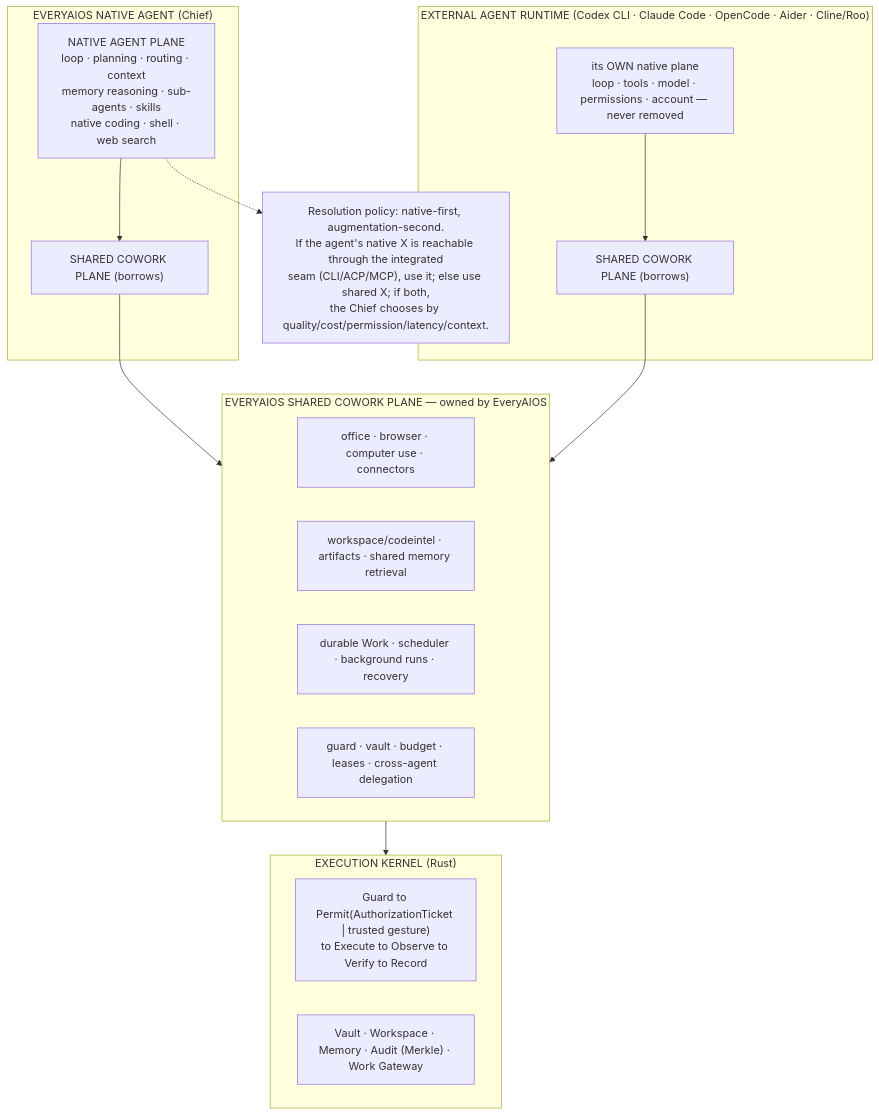
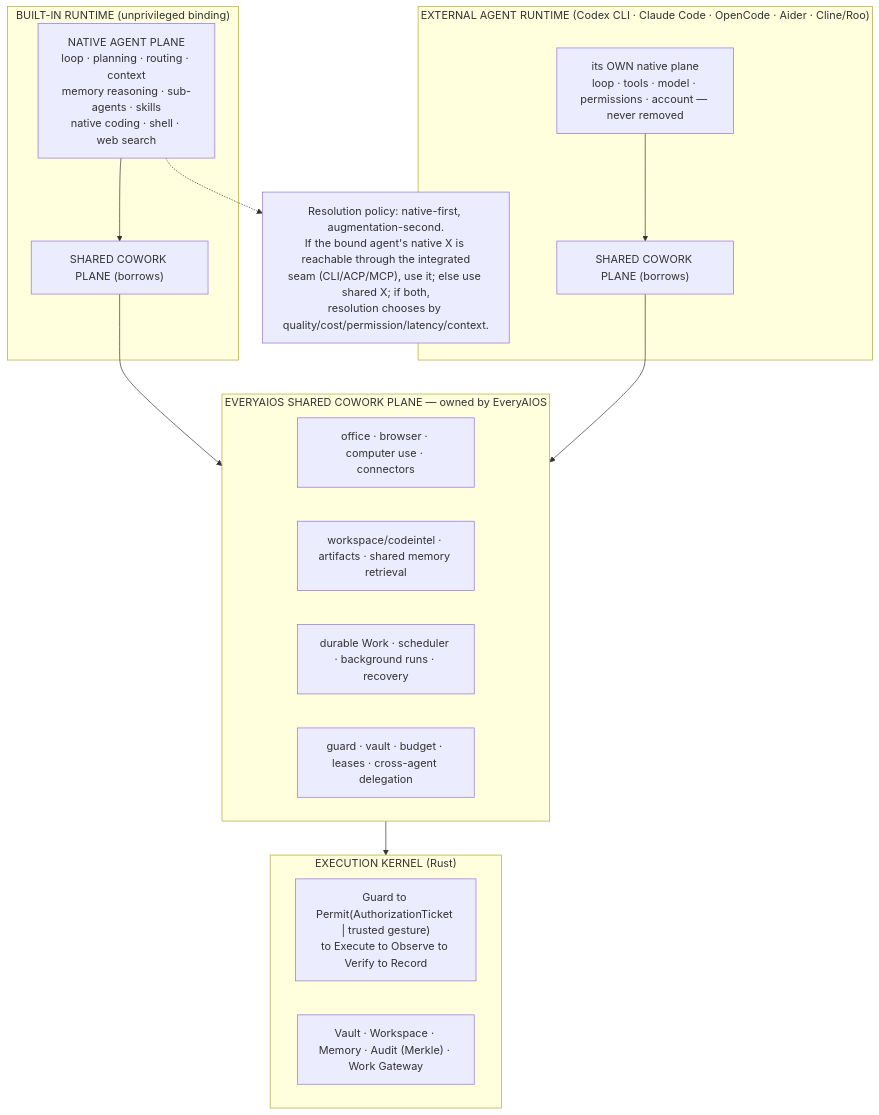
Before and after one commit to sarv-projects/EveryAIOS: diagram 26 of 28 in ARCH/DIAGRAMS.md, drawn with Mermaid. The commit also changed other lines of this file and 186 other files, not shown here.

Commit message:
architecture updates

````diff
--- a/ARCH/DIAGRAMS.md
+++ b/ARCH/DIAGRAMS.md
@@ -994,33 +1034,33 @@
 ```mermaid
 graph TB
-    subgraph NATIVE["EVERYAIOS NATIVE AGENT (Chief)"]
+    subgraph NATIVE["BUILT-IN RUNTIME (unprivileged binding)"]
         N1["NATIVE AGENT PLANE<br/>loop · planning · routing · context<br/>memory reasoning · sub-agents · skills<br/>native coding · shell · web search"]
         N2["SHARED COWORK PLANE (borrows)"]
     end
 
     subgraph EXT["EXTERNAL AGENT RUNTIME (Codex CLI · Claude Code · OpenCode · Aider · Cline/Roo)"]
         E1["its OWN native plane<br/>loop · tools · model · permissions · account — never removed"]
         E2["SHARED COWORK PLANE (borrows)"]
     end
 
     subgraph SHARED["EVERYAIOS SHARED COWORK PLANE — owned by EveryAIOS"]
         S1["office · browser · computer use · connectors"]
         S2["workspace/codeintel · artifacts · shared memory retrieval"]
         S3["durable Work · scheduler · background runs · recovery"]
         S4["guard · vault · budget · leases · cross-agent delegation"]
     end
 
     subgraph KERNEL["EXECUTION KERNEL (Rust)"]
         K1["Guard to Permit(AuthorizationTicket | trusted gesture)<br/>to Execute to Observe to Verify to Record"]
         K2["Vault · Workspace · Memory · Audit (Merkle) · Work Gateway"]
     end
 
     N1 --> N2
     E1 --> E2
     N2 --> SHARED
     E2 --> SHARED
     SHARED --> KERNEL
 
-    POL["Resolution policy: native-first, augmentation-second.<br/>If the agent's native X is reachable through the integrated<br/>seam (CLI/ACP/MCP), use it; else use shared X; if both,<br/>the Chief chooses by quality/cost/permission/latency/context."]
+    POL["Resolution policy: native-first, augmentation-second.<br/>If the bound agent's native X is reachable through the integrated<br/>seam (CLI/ACP/MCP), use it; else use shared X; if both,<br/>resolution chooses by quality/cost/permission/latency/context."]
     N1 -.-> POL
 ```
````
